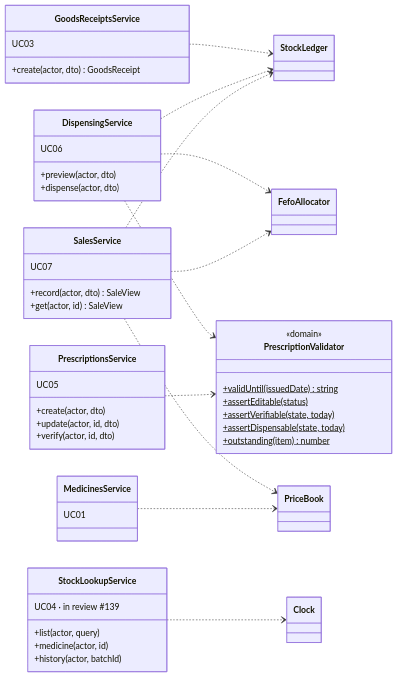
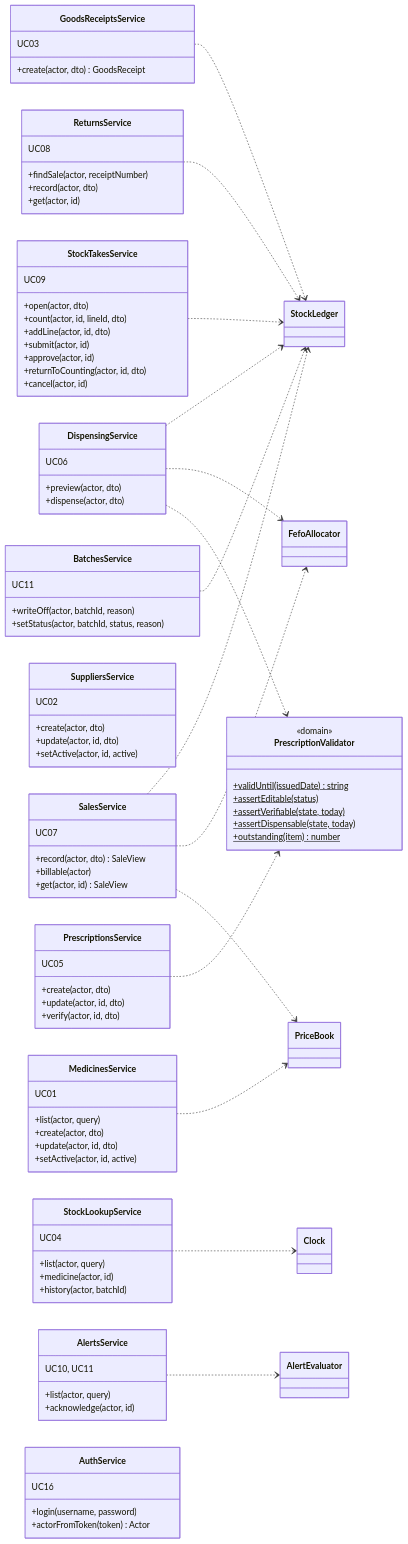
One commit to NeitLN/261_72ITSE41704_2474802010391_PharmacyStock changed the eighth of 10 diagrams in docs/diagrams/class-diagram.md. Above: the diagram before and after it, drawn with Mermaid. The commit also changed other lines of this file and 3 other files, not shown here.

First line of the commit message:
Regenerate the class diagram, ERD and data dictionary from the code; mark unused classes (#71)

````diff
--- a/docs/diagrams/class-diagram.md
+++ b/docs/diagrams/class-diagram.md
@@ -473,6 +480,7 @@
     class SalesService {
         UC07
         +record(actor, dto) SaleView
+        +billable(actor)
         +get(actor, id) SaleView
     }
     class PrescriptionsService {
@@ -491,12 +499,53 @@
     }
     class MedicinesService {
         UC01
+        +list(actor, query)
+        +create(actor, dto)
+        +update(actor, id, dto)
+        +setActive(actor, id, active)
+    }
+    class SuppliersService {
+        UC02
+        +create(actor, dto)
+        +update(actor, id, dto)
+        +setActive(actor, id, active)
     }
     class StockLookupService {
-        UC04 · in review #139
+        UC04
         +list(actor, query)
         +medicine(actor, id)
         +history(actor, batchId)
+    }
+    class ReturnsService {
+        UC08
+        +findSale(actor, receiptNumber)
+        +record(actor, dto)
+        +get(actor, id)
+    }
+    class StockTakesService {
+        UC09
+        +open(actor, dto)
+        +count(actor, id, lineId, dto)
+        +addLine(actor, id, dto)
+        +submit(actor, id)
+        +approve(actor, id)
+        +returnToCounting(actor, id, dto)
+        +cancel(actor, id)
+    }
+    class AlertsService {
+        UC10, UC11
+        +list(actor, query)
+        +acknowledge(actor, id)
+    }
+    class BatchesService {
+        UC11
+        +writeOff(actor, batchId, reason)
+        +setStatus(actor, batchId, status, reason)
+    }
+    class AuthService {
+        UC16
+        +login(username, password)
+        +actorFromToken(token) Actor
     }
     GoodsReceiptsService ..> StockLedger
     DispensingService ..> StockLedger
@@ -508,4 +557,8 @@
     PrescriptionsService ..> PrescriptionValidator
     MedicinesService ..> PriceBook
     StockLookupService ..> Clock
+    ReturnsService ..> StockLedger
+    StockTakesService ..> StockLedger
+    BatchesService ..> StockLedger
+    AlertsService ..> AlertEvaluator
 ```
````
